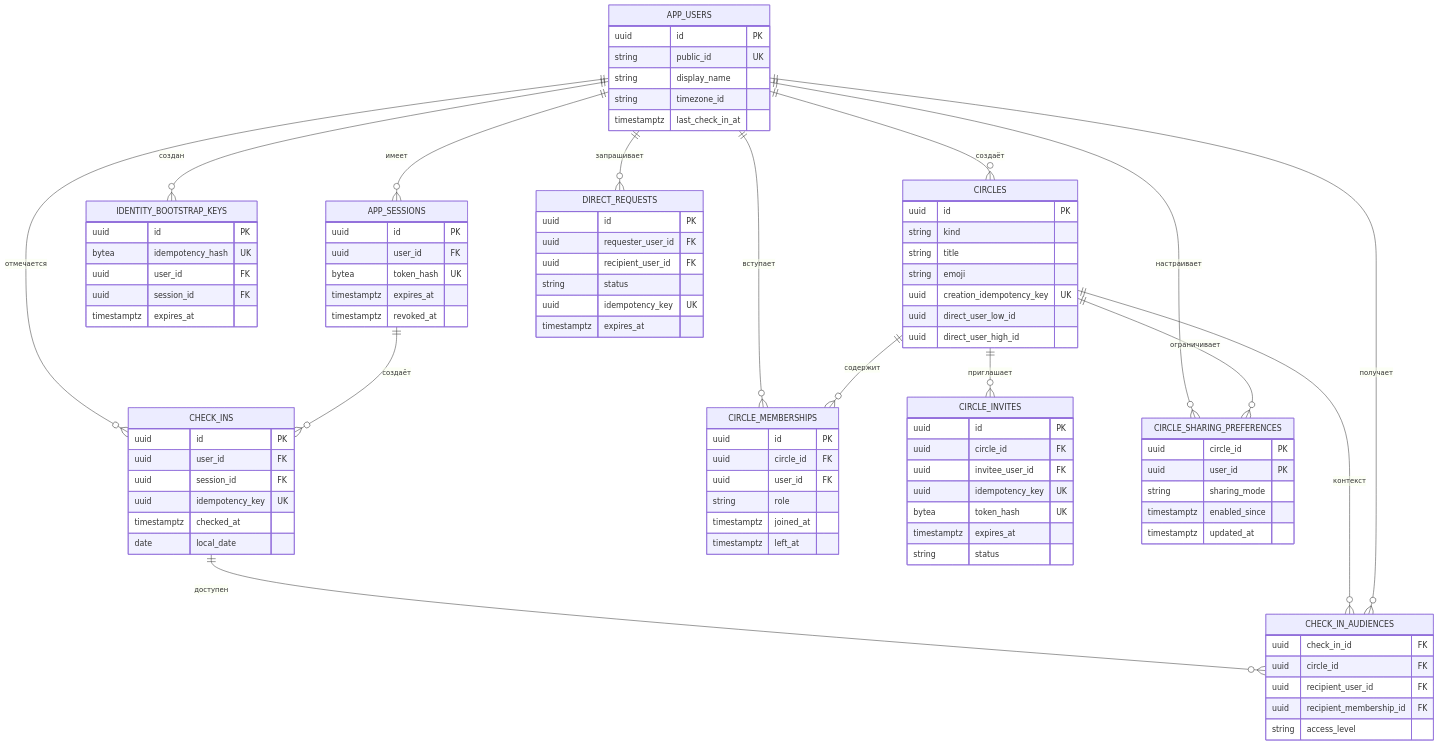
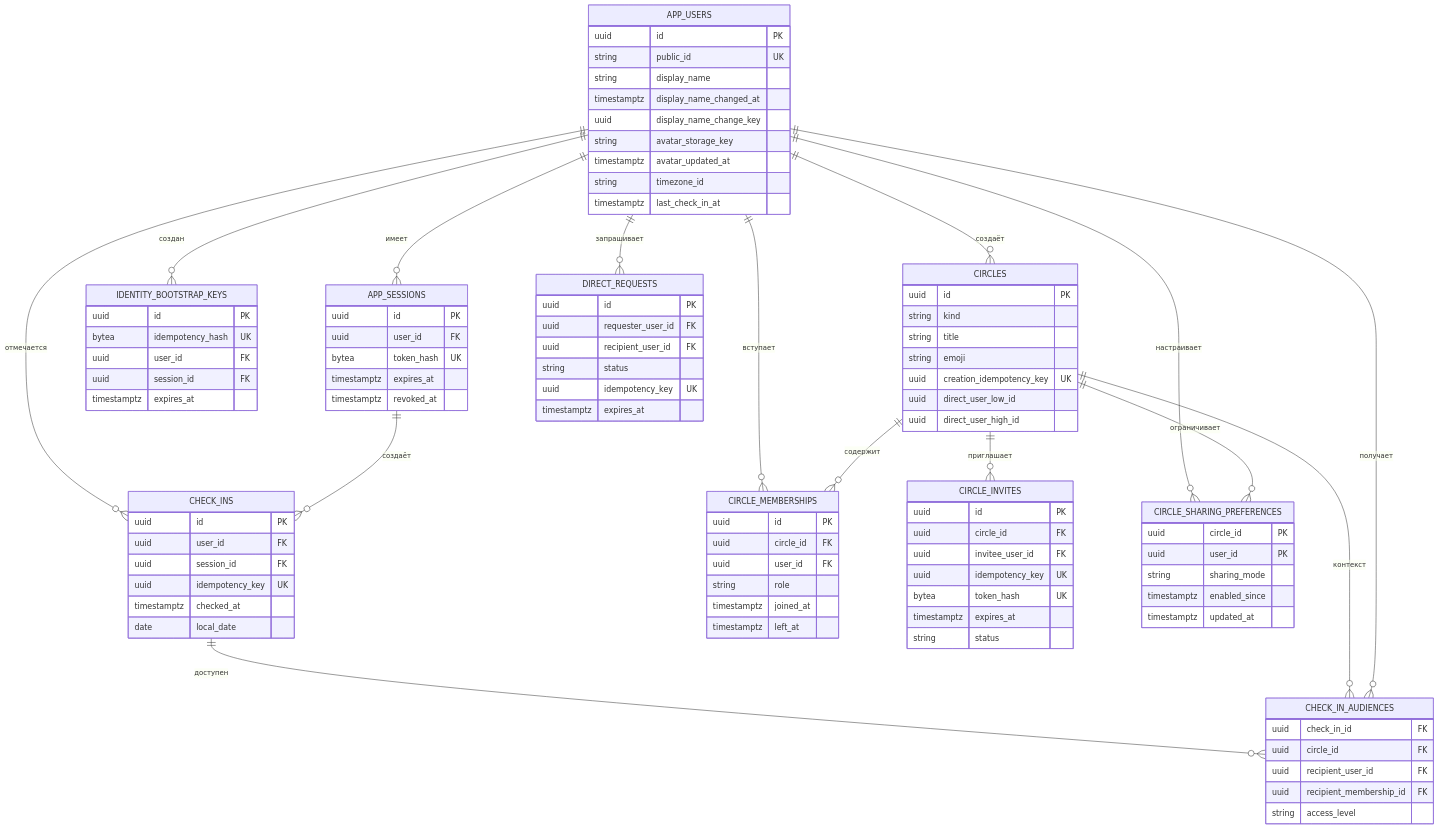
The second of 2 diagrams in docs/architecture.md (NolReaction/zhiv-app), drawn with Mermaid before and after one commit. The commit also changed other lines of this file and 30 other files, not shown here.

```diff
--- a/docs/architecture.md
+++ b/docs/architecture.md
@@ -39,6 +39,10 @@
         uuid id PK
         string public_id UK
         string display_name
+        timestamptz display_name_changed_at
+        uuid display_name_change_key
+        string avatar_storage_key
+        timestamptz avatar_updated_at
         string timezone_id
         timestamptz last_check_in_at
     }
```
